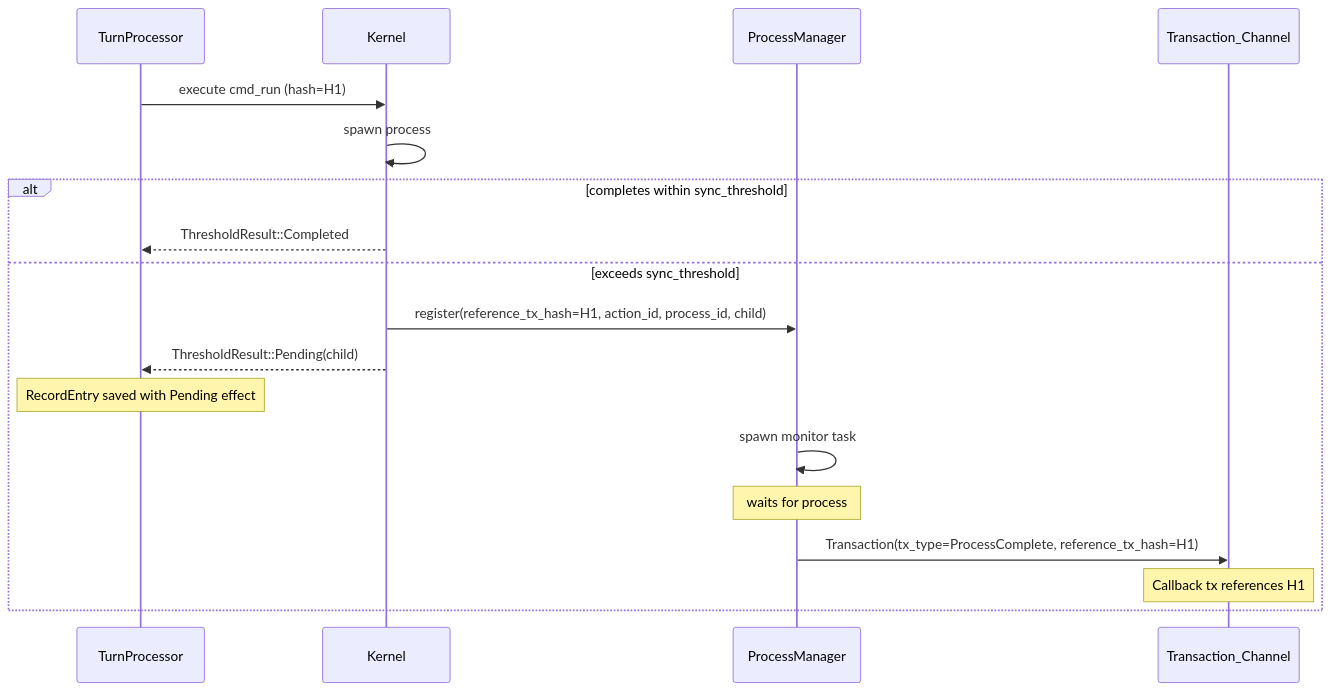
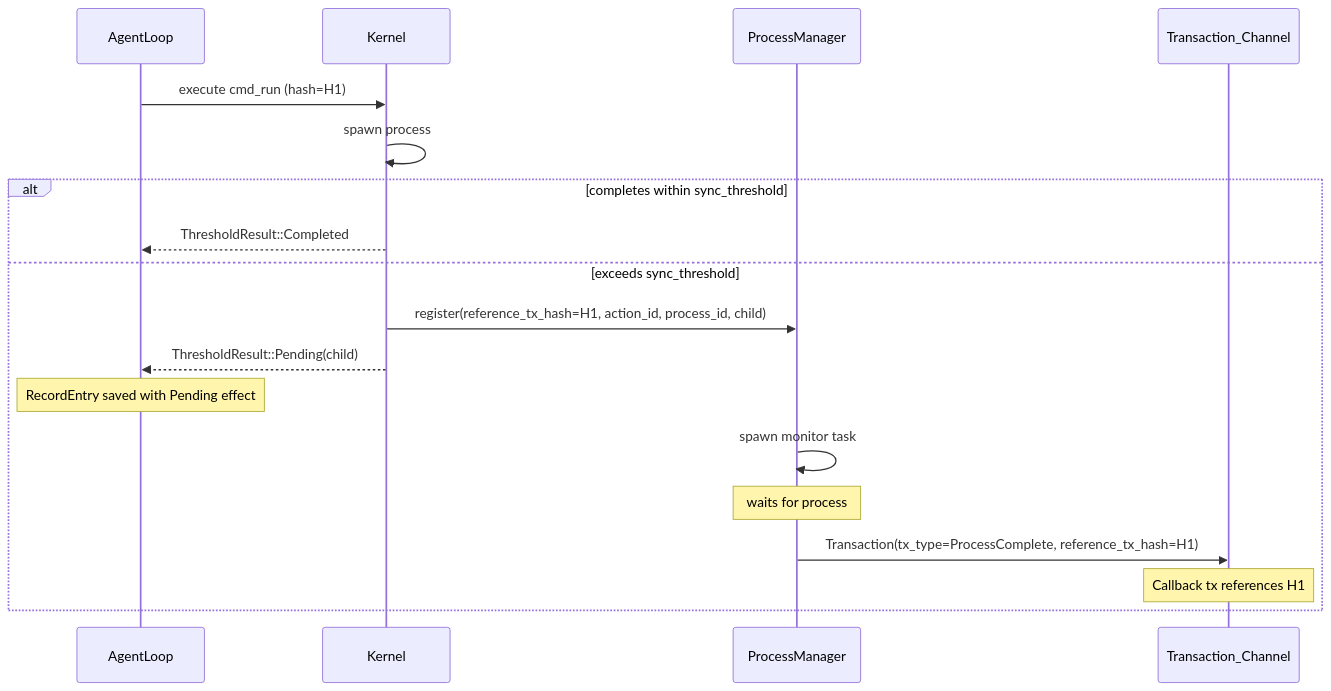
The second of 2 diagrams in docs/specs/v0.1.0/spec-07-process-manager.md (cypher-asi/aura-harness), drawn with Mermaid before and after one commit. The commit also changed other lines of this file and 6 other files, not shown here.

````diff
--- a/docs/specs/v0.1.0/spec-07-process-manager.md
+++ b/docs/specs/v0.1.0/spec-07-process-manager.md
@@ -154,21 +154,21 @@
 ```mermaid
 sequenceDiagram
-    participant TP as TurnProcessor
+    participant TP as AgentLoop
     participant K as Kernel
     participant PM as ProcessManager
     participant TX as Transaction_Channel
 
     TP->>K: execute cmd_run (hash=H1)
     K->>K: spawn process
     alt completes within sync_threshold
         K-->>TP: ThresholdResult::Completed
     else exceeds sync_threshold
         K->>PM: register(reference_tx_hash=H1, action_id, process_id, child)
         K-->>TP: ThresholdResult::Pending(child)
         Note over TP: RecordEntry saved with Pending effect
         PM->>PM: spawn monitor task
         Note over PM: waits for process
         PM->>TX: Transaction(tx_type=ProcessComplete, reference_tx_hash=H1)
         Note over TX: Callback tx references H1
     end
 ```
````
